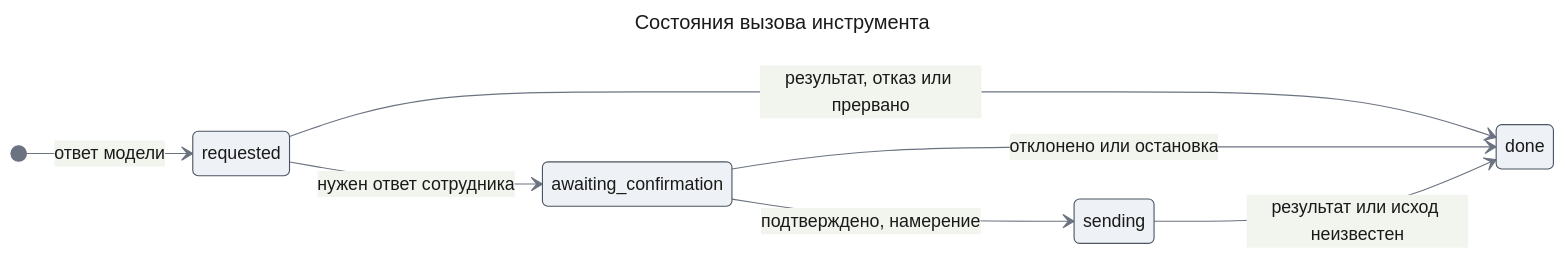
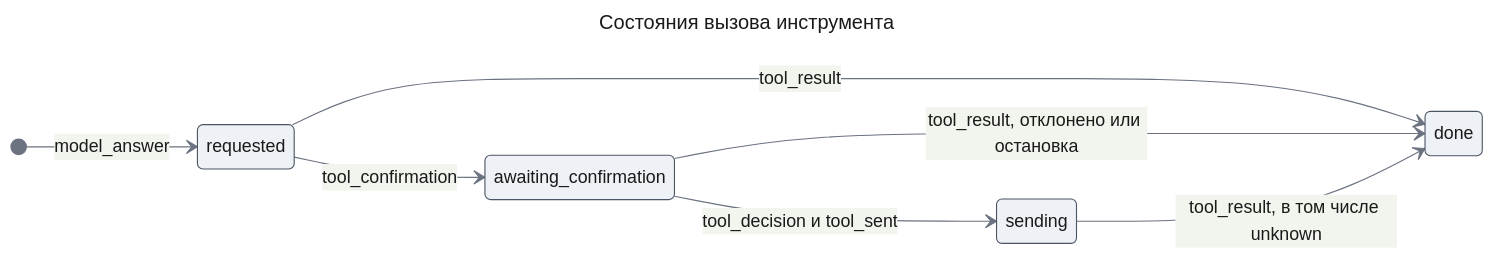
One commit to tundraray/agent-os changed diagram 12 of 12 in docs/features/agent-platform/design-agents.md. Above: the diagram before and after it, drawn with Mermaid. The commit also changed other lines of this file and 420 other files, not shown here.

````diff
--- a/docs/features/agent-platform/design-agents.md
+++ b/docs/features/agent-platform/design-agents.md
@@ -878,25 +872,25 @@
 ```mermaid
 ---
 title: "Состояния вызова инструмента"
 config:
   theme: base
   look: classic
   themeVariables:
     primaryColor: "#eef1f5"
     primaryBorderColor: "#4b5563"
     primaryTextColor: "#1a1a1a"
     lineColor: "#6b7280"
 ---
 stateDiagram-v2
     direction LR
     state "requested" as req
     state "awaiting_confirmation" as conf
     state "sending" as send
     state "done" as done
-    [*] --> req: ответ модели
-    req --> done: результат, отказ или прервано
-    req --> conf: нужен ответ сотрудника
-    conf --> send: подтверждено, намерение
-    conf --> done: отклонено или остановка
-    send --> done: результат или исход неизвестен
+    [*] --> req: model_answer
+    req --> done: tool_result
+    req --> conf: tool_confirmation
+    conf --> send: tool_decision и tool_sent
+    conf --> done: tool_result, отклонено или остановка
+    send --> done: tool_result, в том числе unknown
 ```
````
